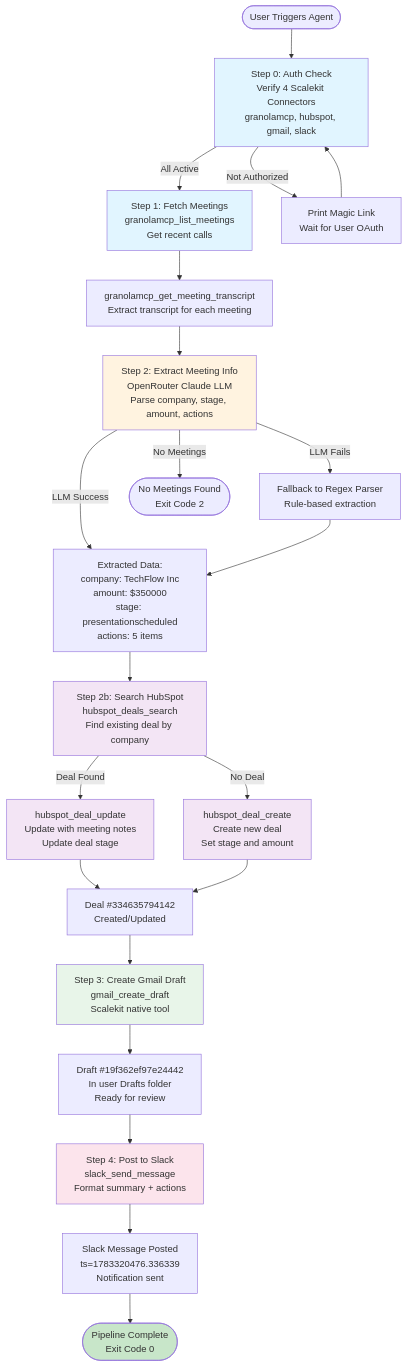
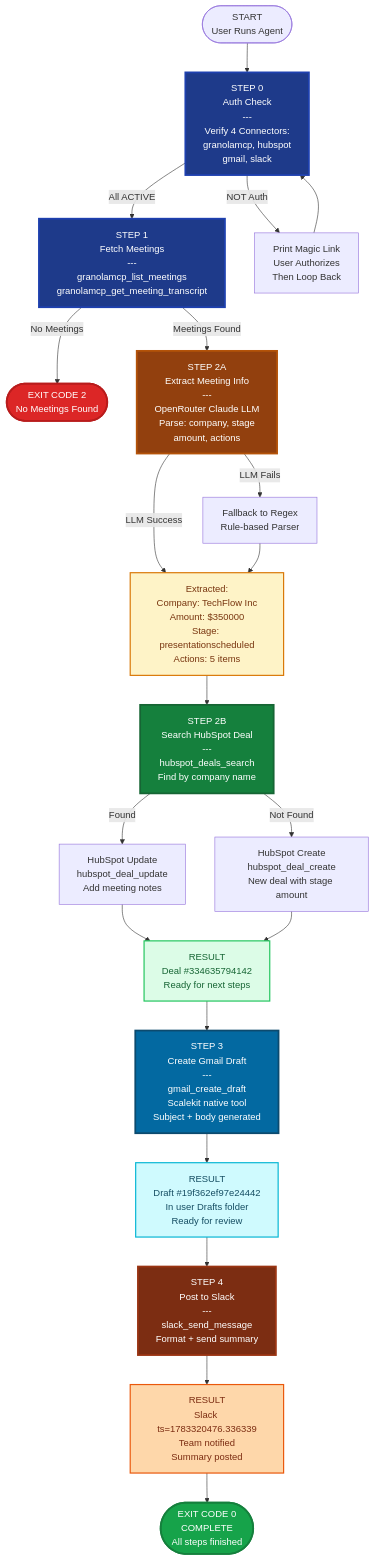
Before and after one commit to scalekit-developers/workflow-agents-demos: the diagram in granola-hubspot-gmail-agent/README.md, drawn with Mermaid. The commit also changed other lines of this file, not shown here.

Commit message:
feat : readme update

````diff
--- a/granola-hubspot-gmail-agent/README.md
+++ b/granola-hubspot-gmail-agent/README.md
@@ -34,44 +36,50 @@
 ```mermaid
 graph TD
-    Start([User Triggers Agent]) --> Auth["Step 0: Auth Check<br/>Verify 4 Scalekit Connectors<br/>granolamcp, hubspot, gmail, slack"]
+    Start([START<br/>User Runs Agent]) 
     
-    Auth -->|All Active| Fetch["Step 1: Fetch Meetings<br/>granolamcp_list_meetings<br/>Get recent calls"]
-    Auth -->|Not Authorized| Link["Print Magic Link<br/>Wait for User OAuth"]
-    Link --> Auth
+    Start --> Step0["STEP 0<br/>Auth Check<br/>---<br/>Verify 4 Connectors:<br/>granolamcp, hubspot<br/>gmail, slack"]
     
-    Fetch --> FetchDetail["granolamcp_get_meeting_transcript<br/>Extract transcript for each meeting"]
-    FetchDetail --> Extract["Step 2: Extract Meeting Info<br/>OpenRouter Claude LLM<br/>Parse company, stage, amount, actions"]
+    Step0 -->|All ACTIVE| Step1["STEP 1<br/>Fetch Meetings<br/>---<br/>granolamcp_list_meetings<br/>granolamcp_get_meeting_transcript"]
     
-    Extract -->|LLM Success| ExtractData["Extracted Data:<br/>company: TechFlow Inc<br/>amount: $350000<br/>stage: presentationscheduled<br/>actions: 5 items"]
-    Extract -->|LLM Fails| Fallback["Fallback to Regex Parser<br/>Rule-based extraction"]
-    Fallback --> ExtractData
+    Step0 -->|NOT Auth| AuthLink["Print Magic Link<br/>User Authorizes<br/>Then Loop Back"]
+    AuthLink --> Step0
     
-    ExtractData --> HubSearch["Step 2b: Search HubSpot<br/>hubspot_deals_search<br/>Find existing deal by company"]
+    Step1 -->|No Meetings| Exit2([EXIT CODE 2<br/>No Meetings Found])
     
-    HubSearch -->|Deal Found| HubUpdate["hubspot_deal_update<br/>Update with meeting notes<br/>Update deal stage"]
-    HubSearch -->|No Deal| HubCreate["hubspot_deal_create<br/>Create new deal<br/>Set stage and amount"]
+    Step1 -->|Meetings Found| Step2a["STEP 2A<br/>Extract Meeting Info<br/>---<br/>OpenRouter Claude LLM<br/>Parse: company, stage<br/>amount, actions"]
     
-    HubUpdate --> DealDone["Deal #334635794142<br/>Created/Updated"]
-    HubCreate --> DealDone
+    Step2a -->|LLM Success| ExtractOK["Extracted:<br/>Company: TechFlow Inc<br/>Amount: $350000<br/>Stage: presentationscheduled<br/>Actions: 5 items"]
+    Step2a -->|LLM Fails| Fallback["Fallback to Regex<br/>Rule-based Parser"]
+    Fallback --> ExtractOK
     
-    DealDone --> Gmail["Step 3: Create Gmail Draft<br/>gmail_create_draft<br/>Scalekit native tool"]
-    Gmail --> GmailDone["Draft #19f362ef97e24442<br/>In user Drafts folder<br/>Ready for review"]
+    ExtractOK --> Step2b["STEP 2B<br/>Search HubSpot Deal<br/>---<br/>hubspot_deals_search<br/>Find by company name"]
     
-    GmailDone --> Slack["Step 4: Post to Slack<br/>slack_send_message<br/>Format summary + actions"]
+    Step2b -->|Found| HubUpdate["HubSpot Update<br/>hubspot_deal_update<br/>Add meeting notes"]
+    Step2b -->|Not Found| HubCreate["HubSpot Create<br/>hubspot_deal_create<br/>New deal with stage amount"]
     
-    Slack --> SlackDone["Slack Message Posted<br/>ts=1783320476.336339<br/>Notification sent"]
+    HubUpdate --> DealOK["RESULT<br/>Deal #334635794142<br/>Ready for next steps"]
+    HubCreate --> DealOK
     
-    SlackDone --> End([Pipeline Complete<br/>Exit Code 0])
+    DealOK --> Step3["STEP 3<br/>Create Gmail Draft<br/>---<br/>gmail_create_draft<br/>Scalekit native tool<br/>Subject + body generated"]
     
-    Extract -->|No Meetings| Exit2([No Meetings Found<br/>Exit Code 2])
+    Step3 --> GmailOK["RESULT<br/>Draft #19f362ef97e24442<br/>In user Drafts folder<br/>Ready for review"]
     
-    style Auth fill:#e1f5ff
-    style Fetch fill:#e1f5ff
-    style Extract fill:#fff3e0
-    style HubSearch fill:#f3e5f5
-    style HubUpdate fill:#f3e5f5
-    style HubCreate fill:#f3e5f5
-    style Gmail fill:#e8f5e9
-    style Slack fill:#fce4ec
-    style End fill:#c8e6c9
+    GmailOK --> Step4["STEP 4<br/>Post to Slack<br/>---<br/>slack_send_message<br/>Format + send summary"]
+    
+    Step4 --> SlackOK["RESULT<br/>Slack ts=1783320476.336339<br/>Team notified<br/>Summary posted"]
+    
+    SlackOK --> Success([EXIT CODE 0<br/>COMPLETE<br/>All steps finished])
+    
+    style Step0 fill:#1e3a8a,color:#fff,stroke:#1e40af,stroke-width:3px
+    style Step1 fill:#1e3a8a,color:#fff,stroke:#1e40af,stroke-width:3px
+    style Step2a fill:#92400e,color:#fff,stroke:#b45309,stroke-width:3px
+    style Step2b fill:#15803d,color:#fff,stroke:#166534,stroke-width:3px
+    style Step3 fill:#0369a1,color:#fff,stroke:#0c4a6e,stroke-width:3px
+    style Step4 fill:#7c2d12,color:#fff,stroke:#9a3412,stroke-width:3px
+    style ExtractOK fill:#fef3c7,color:#78350f,stroke:#d97706,stroke-width:2px
+    style DealOK fill:#dcfce7,color:#166534,stroke:#22c55e,stroke-width:2px
+    style GmailOK fill:#cffafe,color:#164e63,stroke:#06b6d4,stroke-width:2px
+    style SlackOK fill:#fed7aa,color:#7c2d12,stroke:#ea580c,stroke-width:2px
+    style Success fill:#16a34a,color:#fff,stroke:#15803d,stroke-width:3px
+    style Exit2 fill:#dc2626,color:#fff,stroke:#b91c1c,stroke-width:3px
 ```
````
